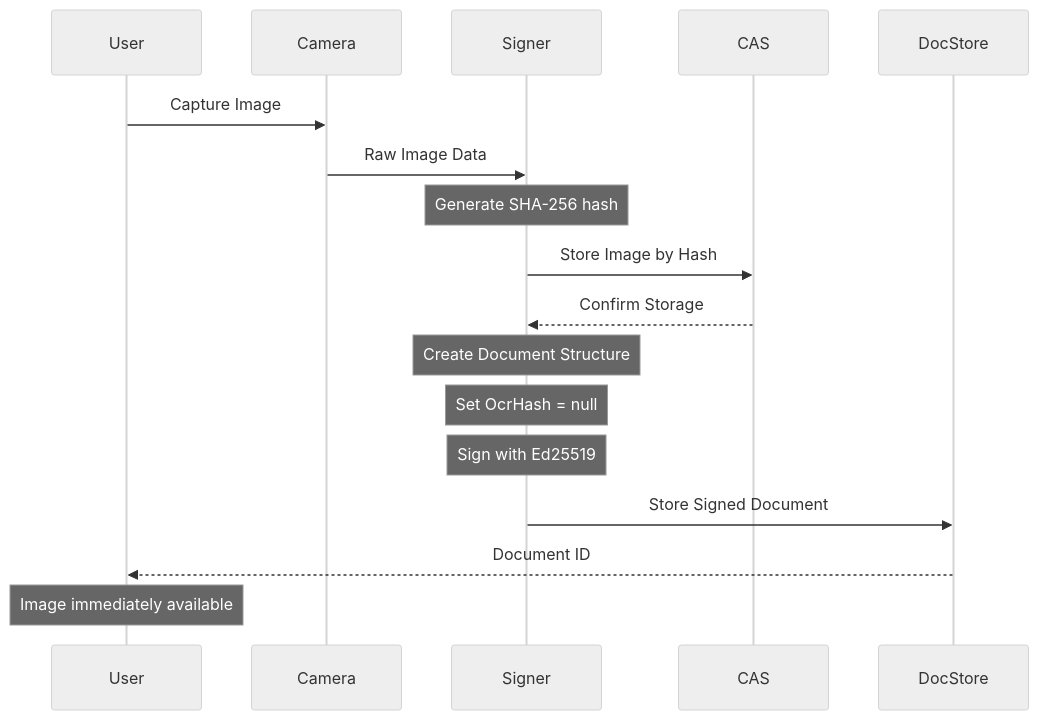
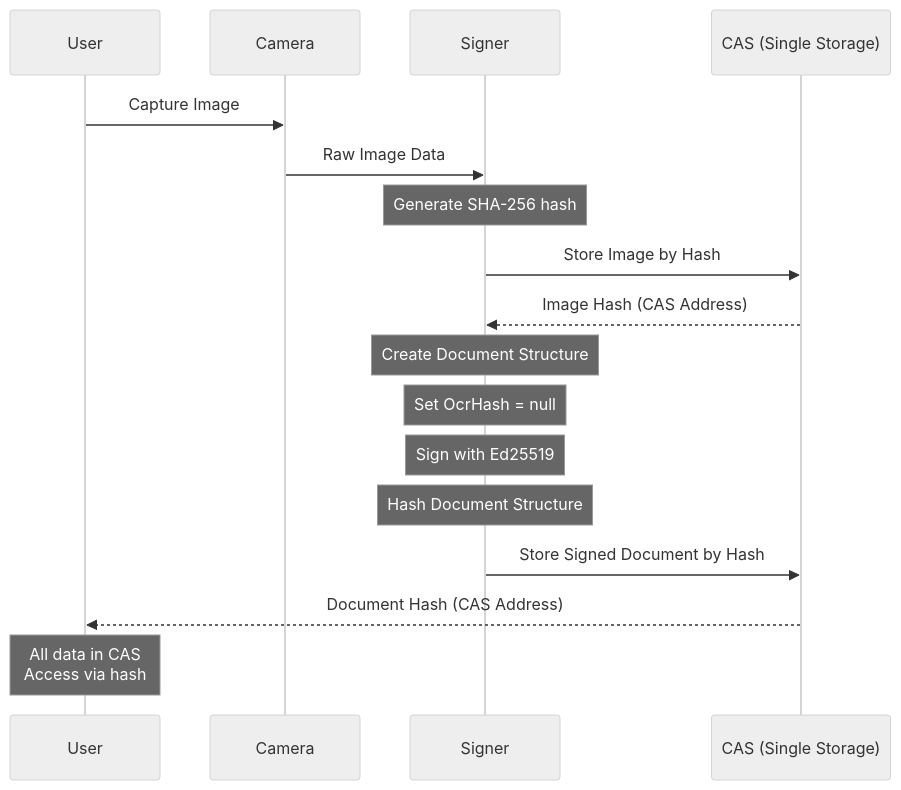
One commit to o2alexanderfedin/Nolock.social.frontends changed the fifth of 20 diagrams in docs/architecture/features/document-scanner/ocr-scanner-architecture.md. Above: the diagram before and after it, drawn with Mermaid (neutral theme). The commit also changed other lines of this file, not shown here.

First line of the commit message:
refactor: clarify CAS-only storage architecture in OCR scanner documentation

````diff
--- a/docs/architecture/features/document-scanner/ocr-scanner-architecture.md
+++ b/docs/architecture/features/document-scanner/ocr-scanner-architecture.md
@@ -353,24 +367,24 @@
 ```mermaid
 sequenceDiagram
     participant User
     participant Camera
     participant Signer
-    participant CAS
-    participant DocStore
+    participant CAS as CAS (Single Storage)
     
     User->>Camera: Capture Image
     Camera->>Signer: Raw Image Data
     
     Note over Signer: Generate SHA-256 hash
     Signer->>CAS: Store Image by Hash
-    CAS-->>Signer: Confirm Storage
+    CAS-->>Signer: Image Hash (CAS Address)
     
     Note over Signer: Create Document Structure
     Note over Signer: Set OcrHash = null
     Note over Signer: Sign with Ed25519
+    Note over Signer: Hash Document Structure
     
-    Signer->>DocStore: Store Signed Document
-    DocStore-->>User: Document ID
+    Signer->>CAS: Store Signed Document by Hash
+    CAS-->>User: Document Hash (CAS Address)
     
-    Note over User: Image immediately available
+    Note over User: All data in CAS<br/>Access via hash
 ```
````
